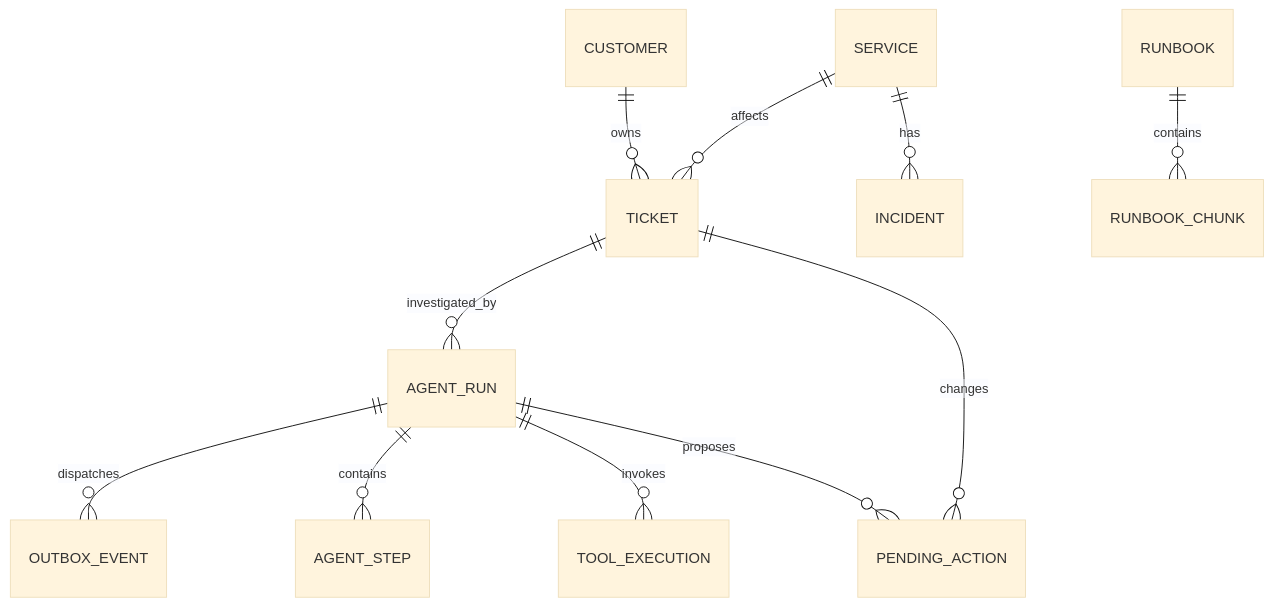
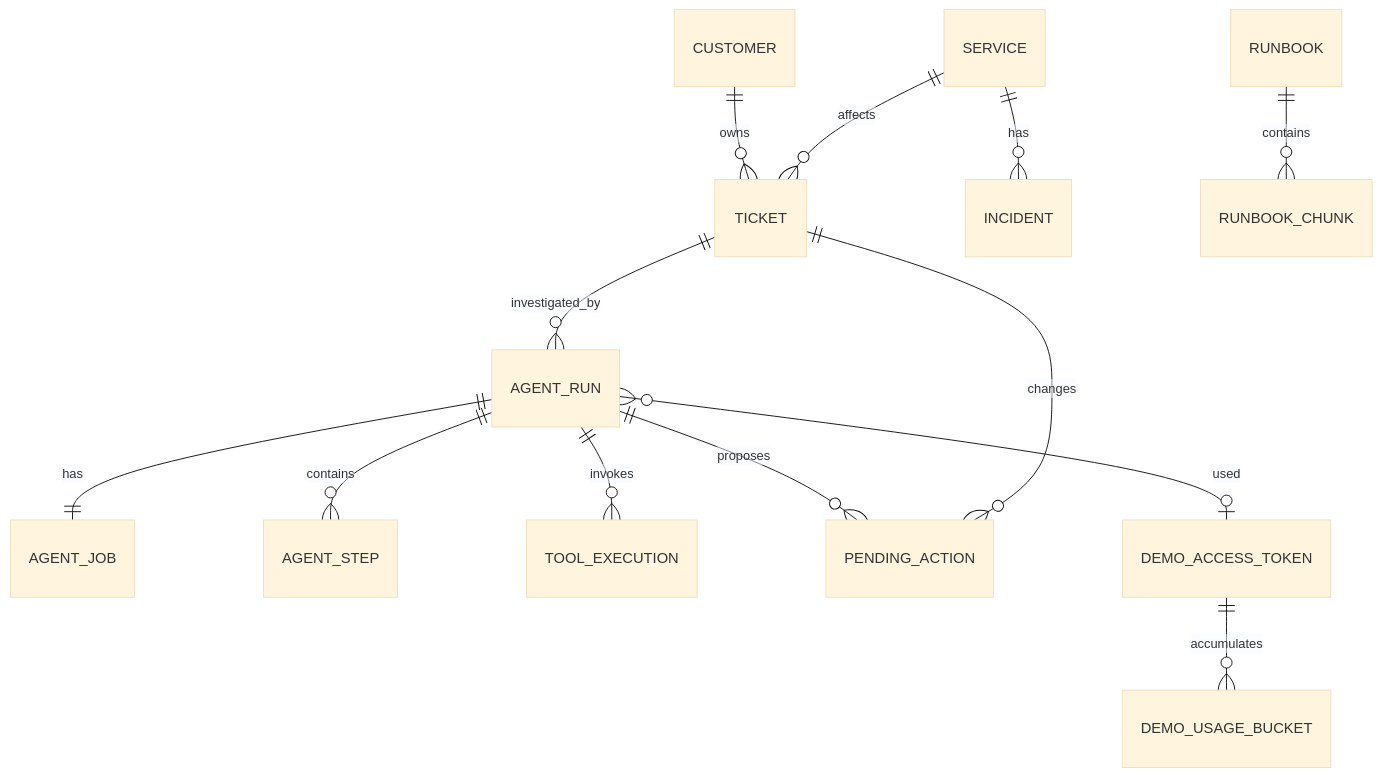
One commit to wye-ts/opspilot changed the sixth of 10 diagrams in docs/03-technical-design.md. Above: the diagram before and after it, drawn with Mermaid (base theme). The commit also changed other lines of this file and 4 other files, not shown here.

````diff
--- a/docs/03-technical-design.md
+++ b/docs/03-technical-design.md
@@ -687,13 +783,15 @@
 ```mermaid
 erDiagram
     CUSTOMER ||--o{ TICKET : owns
     SERVICE ||--o{ TICKET : affects
     SERVICE ||--o{ INCIDENT : has
     TICKET ||--o{ AGENT_RUN : investigated_by
-    AGENT_RUN ||--o{ OUTBOX_EVENT : dispatches
+    AGENT_RUN ||--|| AGENT_JOB : has
     AGENT_RUN ||--o{ AGENT_STEP : contains
     AGENT_RUN ||--o{ TOOL_EXECUTION : invokes
     AGENT_RUN ||--o{ PENDING_ACTION : proposes
+    AGENT_RUN }o--o| DEMO_ACCESS_TOKEN : used
+    DEMO_ACCESS_TOKEN ||--o{ DEMO_USAGE_BUCKET : accumulates
     RUNBOOK ||--o{ RUNBOOK_CHUNK : contains
     TICKET ||--o{ PENDING_ACTION : changes
 ```
````
